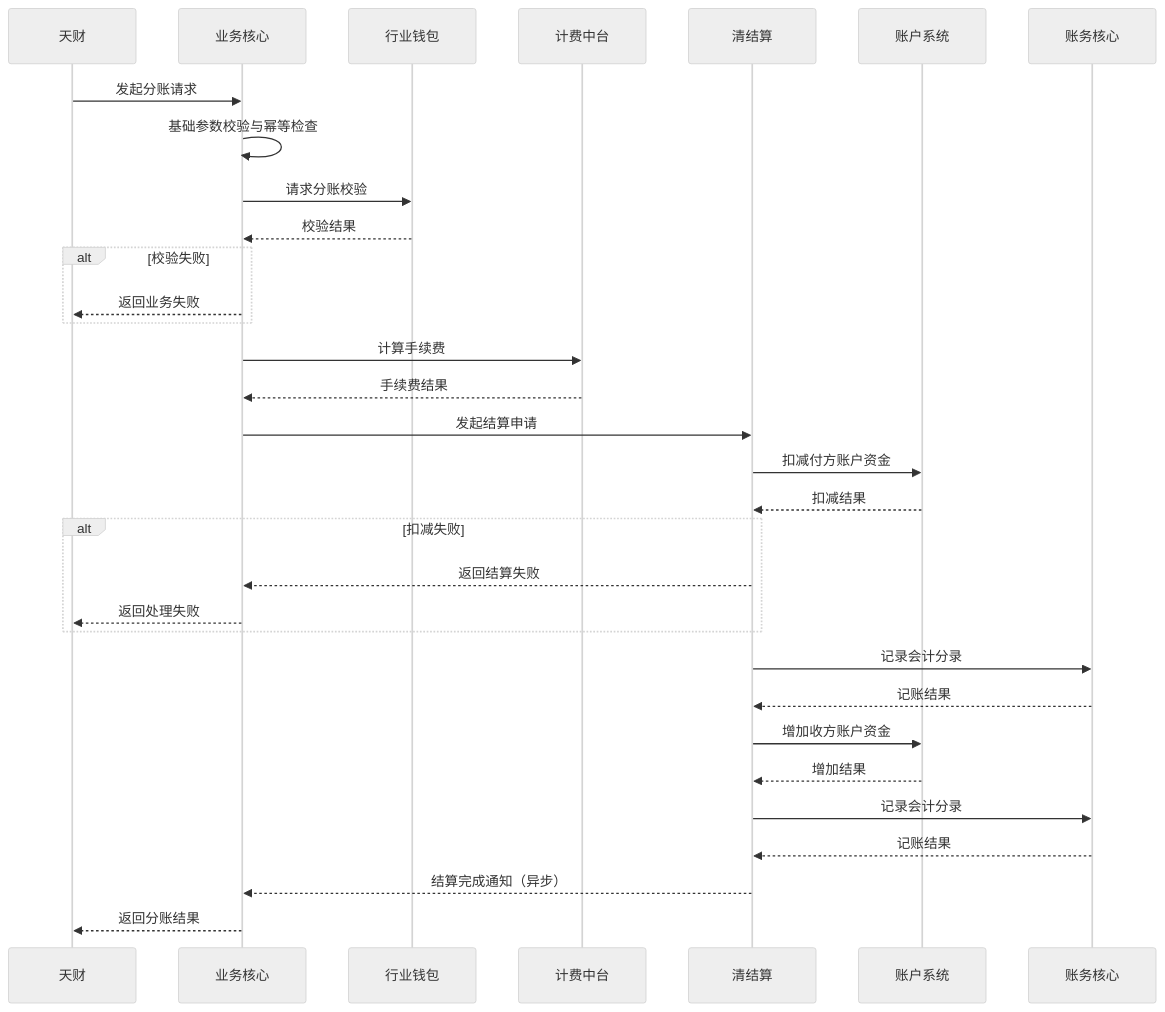
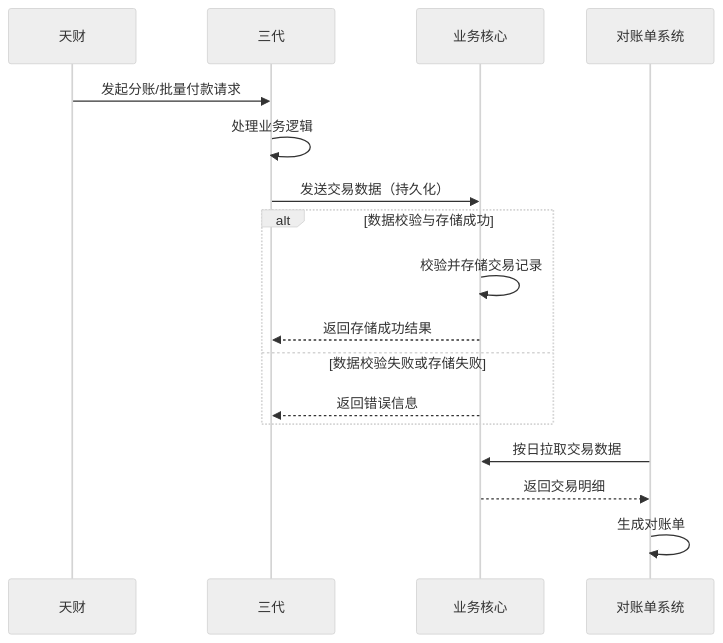
The diagram in data/天财分账需求/gpt-5.2/workspace/02_modules/module_业务核心.md (youzi211/AiCoding), drawn with Mermaid (neutral theme) before and after one commit. The commit also changed other lines of this file and 41 other files, not shown here.

````diff
--- a/data/天财分账需求/gpt-5.2/workspace/02_modules/module_业务核心.md
+++ b/data/天财分账需求/gpt-5.2/workspace/02_modules/module_业务核心.md
@@ -31,35 +30,20 @@
 ```mermaid
 sequenceDiagram
     participant 天财
+    participant 三代
     participant 业务核心
-    participant 行业钱包
-    participant 计费中台
-    participant 清结算
-    participant 账户系统
-    participant 账务核心
+    participant 对账单系统
 
-    天财->>业务核心: 发起分账请求
-    业务核心->>业务核心: 基础参数校验与幂等检查
-    业务核心->>行业钱包: 请求分账校验
-    行业钱包-->>业务核心: 校验结果
-    alt 校验失败
-        业务核心-->>天财: 返回业务失败
+    天财->>三代: 发起分账/批量付款请求
+    三代->>三代: 处理业务逻辑
+    三代->>业务核心: 发送交易数据（持久化）
+    alt 数据校验与存储成功
+        业务核心->>业务核心: 校验并存储交易记录
+        业务核心-->>三代: 返回存储成功结果
+    else 数据校验失败或存储失败
+        业务核心-->>三代: 返回错误信息
     end
-    业务核心->>计费中台: 计算手续费
-    计费中台-->>业务核心: 手续费结果
-    业务核心->>清结算: 发起结算申请
-    清结算->>账户系统: 扣减付方账户资金
-    账户系统-->>清结算: 扣减结果
-    alt 扣减失败
-        清结算-->>业务核心: 返回结算失败
-        业务核心-->>天财: 返回处理失败
-    end
-    清结算->>账务核心: 记录会计分录
-    账务核心-->>清结算: 记账结果
-    清结算->>账户系统: 增加收方账户资金
-    账户系统-->>清结算: 增加结果
-    清结算->>账务核心: 记录会计分录
-    账务核心-->>清结算: 记账结果
-    清结算-->>业务核心: 结算完成通知（异步）
-    业务核心-->>天财: 返回分账结果
+    对账单系统->>业务核心: 按日拉取交易数据
+    业务核心-->>对账单系统: 返回交易明细
+    对账单系统->>对账单系统: 生成对账单
 ```
````
